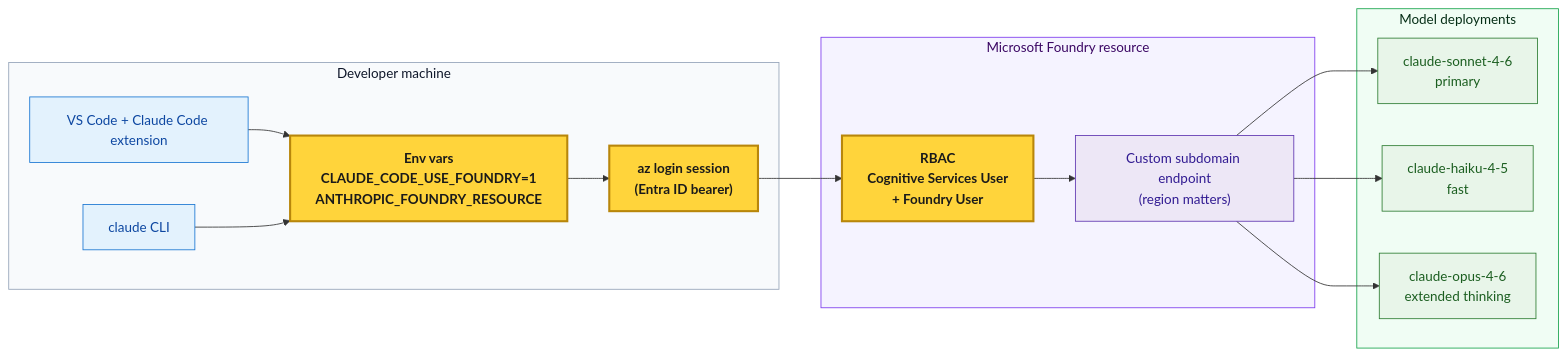
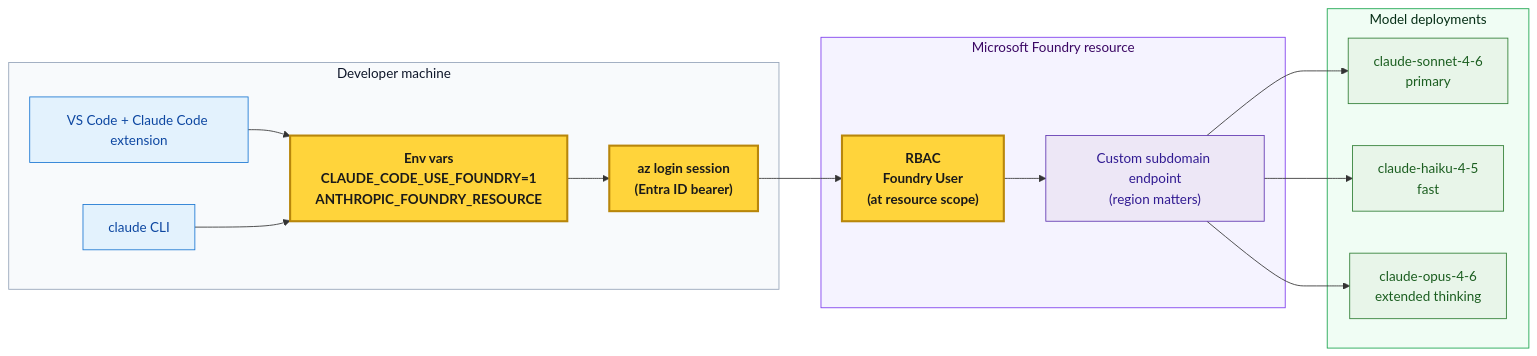
Before and after one commit to lindazhang2000/claude-on-foundry: the diagram in docs/claude-code/architecture.md, drawn with Mermaid. The commit also changed other lines of this file and 14 other files, not shown here.

````diff
--- a/docs/claude-code/architecture.md
+++ b/docs/claude-code/architecture.md
@@ -5,37 +5,37 @@
 ```mermaid
 flowchart LR
     subgraph DEV["Developer machine"]
         VSCODE["VS Code + Claude Code extension"]:::dev
         CLI["claude CLI"]:::dev
         ENV["Env vars<br/>CLAUDE_CODE_USE_FOUNDRY=1<br/>ANTHROPIC_FOUNDRY_RESOURCE"]:::gotcha
         AZL["az login session<br/>(Entra ID bearer)"]:::gotcha
     end
 
     subgraph FOUNDRY["Microsoft Foundry resource"]
-        RBAC["RBAC<br/>Cognitive Services User<br/>+ Foundry User"]:::gotcha
+        RBAC["RBAC<br/>Foundry User<br/>(at resource scope)"]:::gotcha
         ENDPOINT["Custom subdomain endpoint<br/>(region matters)"]:::foundry
     end
 
     subgraph MODELS["Model deployments"]
         SONNET["claude-sonnet-4-6<br/>primary"]:::model
         HAIKU["claude-haiku-4-5<br/>fast"]:::model
         OPUS["claude-opus-4-6<br/>extended thinking"]:::model
     end
 
     VSCODE --> ENV
     CLI --> ENV
     ENV --> AZL
     AZL --> RBAC
     RBAC --> ENDPOINT
     ENDPOINT --> SONNET
     ENDPOINT --> HAIKU
     ENDPOINT --> OPUS
 
     classDef gotcha fill:#FFD43B,stroke:#B8860B,stroke-width:2.5px,color:#1a1a1a,font-weight:bold
     classDef dev fill:#E3F2FD,stroke:#1976D2,color:#0D47A1
     classDef foundry fill:#EDE7F6,stroke:#5E35B1,color:#311B92
     classDef model fill:#E8F5E9,stroke:#2E7D32,color:#1B5E20
     style DEV fill:#F8FAFC,stroke:#94A3B8,color:#0F172A
     style FOUNDRY fill:#F5F3FF,stroke:#7C3AED,color:#3B0764
     style MODELS fill:#F0FDF4,stroke:#16A34A,color:#052E16
 ```
````
